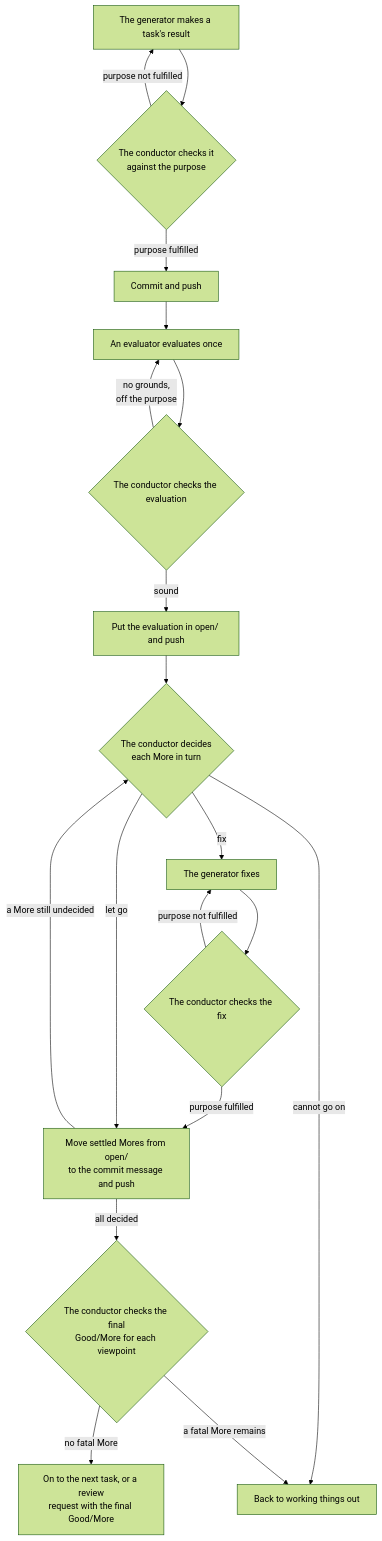
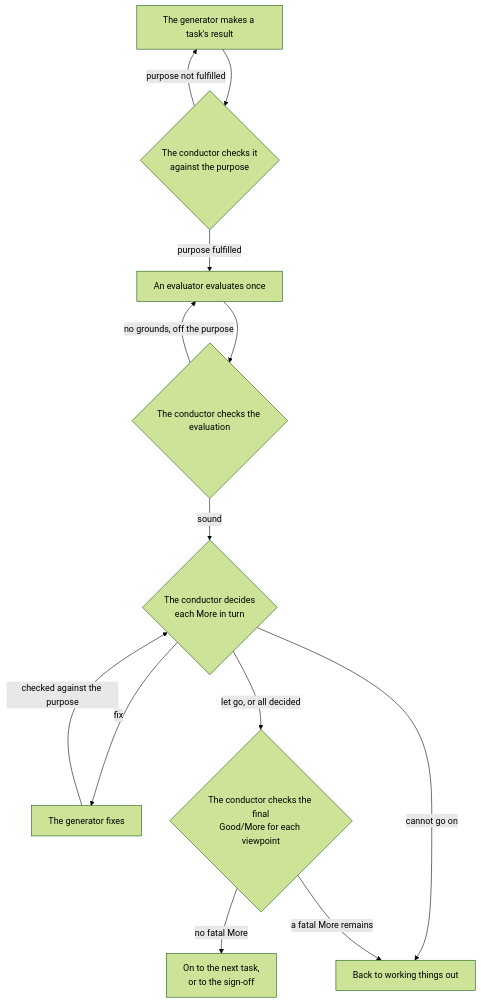
The fourth of 6 diagrams in rn/docs/design.md (lovaizu/ccpm), drawn with Mermaid (forest theme) before and after one commit. The commit also changed other lines of this file and 1 other file, not shown here.

Commit message:
docs(rn): settle the evaluation of the README and design — features named alike in table and headings, the session map up front, four policies each traced to a benefit, a review request shown in the README, readers in the record diagram, commit message parts with why, contradictions removed

````diff
--- a/rn/docs/design.md
+++ b/rn/docs/design.md
@@ -147,34 +154,24 @@
 ```mermaid
 flowchart TD
     M["The generator makes a task's result"]
     K{"The conductor checks it<br/>against the purpose"}
-    C["Commit and push"]
     V["An evaluator evaluates once"]
     KE{"The conductor checks the evaluation"}
-    O["Put the evaluation in open/ and push"]
     D{"The conductor decides<br/>each More in turn"}
     F["The generator fixes"]
-    FK{"The conductor checks the fix"}
-    S["Move settled Mores from open/<br/>to the commit message and push"]
     J{"The conductor checks the final<br/>Good/More for each viewpoint"}
-    N["On to the next task, or a review<br/>request with the final Good/More"]
+    N["On to the next task,<br/>or to the sign-off"]
     U["Back to working things out"]
     M --> K
     K -->|"purpose not fulfilled"| M
-    K -->|"purpose fulfilled"| C
-    C --> V
+    K -->|"purpose fulfilled"| V
     V --> KE
-    KE -->|"no grounds,<br/>off the purpose"| V
-    KE -->|"sound"| O
-    O --> D
+    KE -->|"no grounds, off the purpose"| V
+    KE -->|"sound"| D
     D -->|"fix"| F
-    F --> FK
-    FK -->|"purpose not fulfilled"| F
-    FK -->|"purpose fulfilled"| S
-    D -->|"let go"| S
-    S -->|"a More still undecided"| D
-    S -->|"all decided"| J
+    F -->|"checked against the purpose"| D
+    D -->|"let go, or all decided"| J
     D -->|"cannot go on"| U
     J -->|"no fatal More"| N
     J -->|"a fatal More remains"| U
 ```
````
